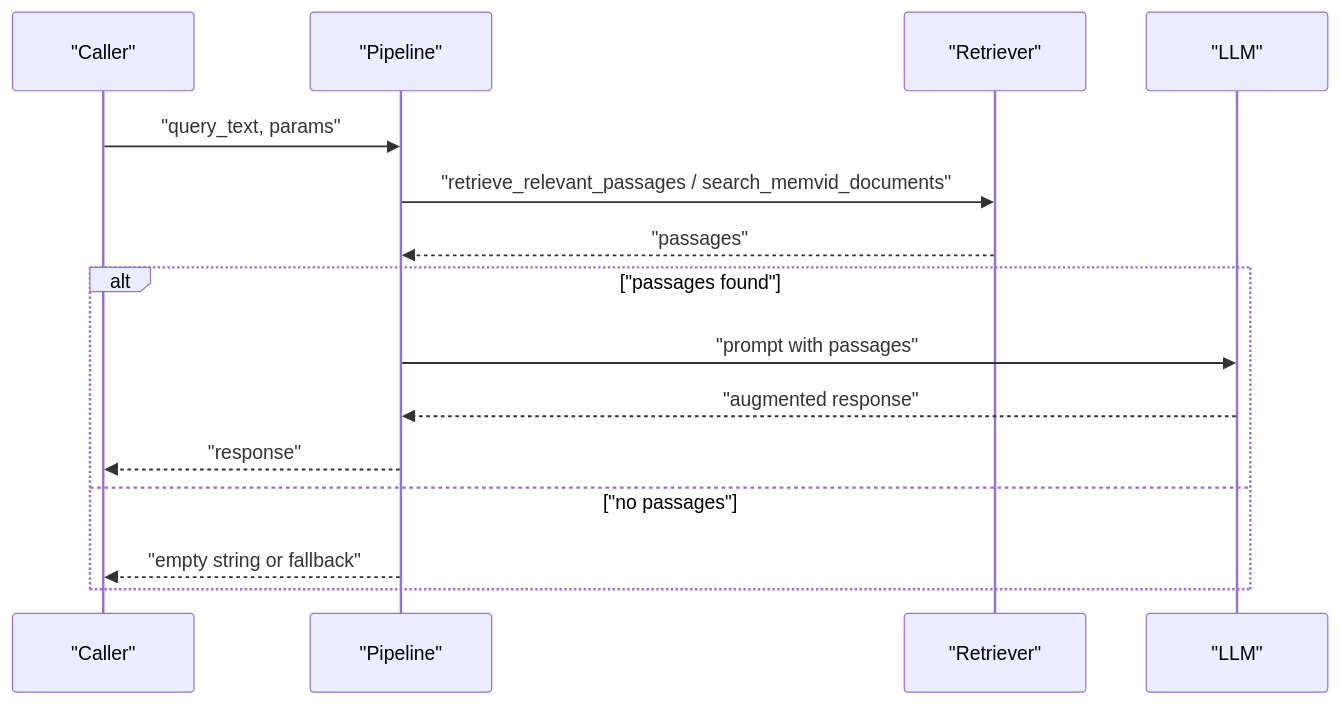
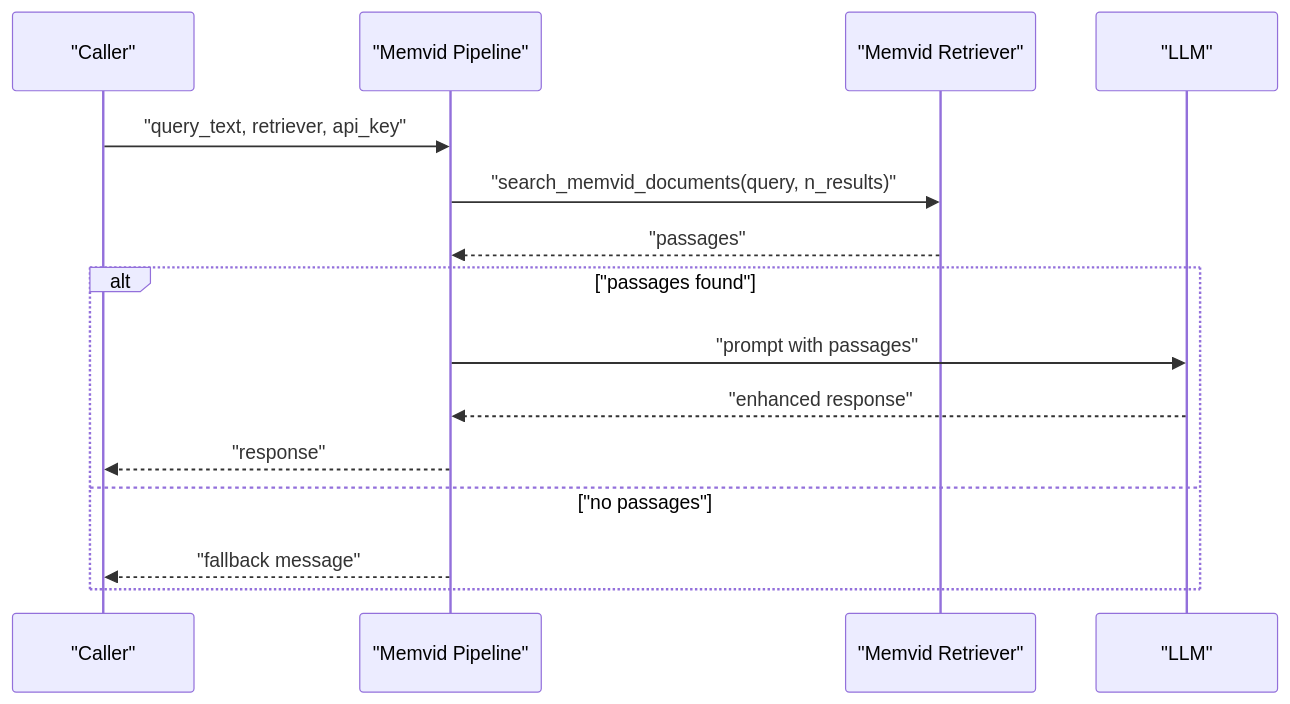
Before and after one commit to MOK-5-ha/MayaMCP: the fourth of 6 diagrams in .qoder/repowiki/en/content/Retrieval-Augmented Generation (RAG)/Retrieval-Augmented Generation (RAG).md, drawn with Mermaid. The commit also changed other lines of this file and 27 other files, not shown here.

````diff
--- a/.qoder/repowiki/en/content/Retrieval-Augmented Generation (RAG)/Retrieval-Augmented Generation (RAG).md
+++ b/.qoder/repowiki/en/content/Retrieval-Augmented Generation (RAG)/Retrieval-Augmented Generation (RAG).md
@@ -246,17 +210,17 @@
 ```mermaid
 sequenceDiagram
 participant C as "Caller"
-participant P as "Pipeline"
-participant R as "Retriever"
+participant P as "Memvid Pipeline"
+participant R as "Memvid Retriever"
 participant L as "LLM"
-C->>P : "query_text, params"
-P->>R : "retrieve_relevant_passages / search_memvid_documents"
+C->>P : "query_text, retriever, api_key"
+P->>R : "search_memvid_documents(query, n_results)"
 R-->>P : "passages"
 alt "passages found"
 P->>L : "prompt with passages"
-L-->>P : "augmented response"
+L-->>P : "enhanced response"
 P-->>C : "response"
 else "no passages"
-P-->>C : "empty string or fallback"
+P-->>C : "fallback message"
 end
 ```
````
